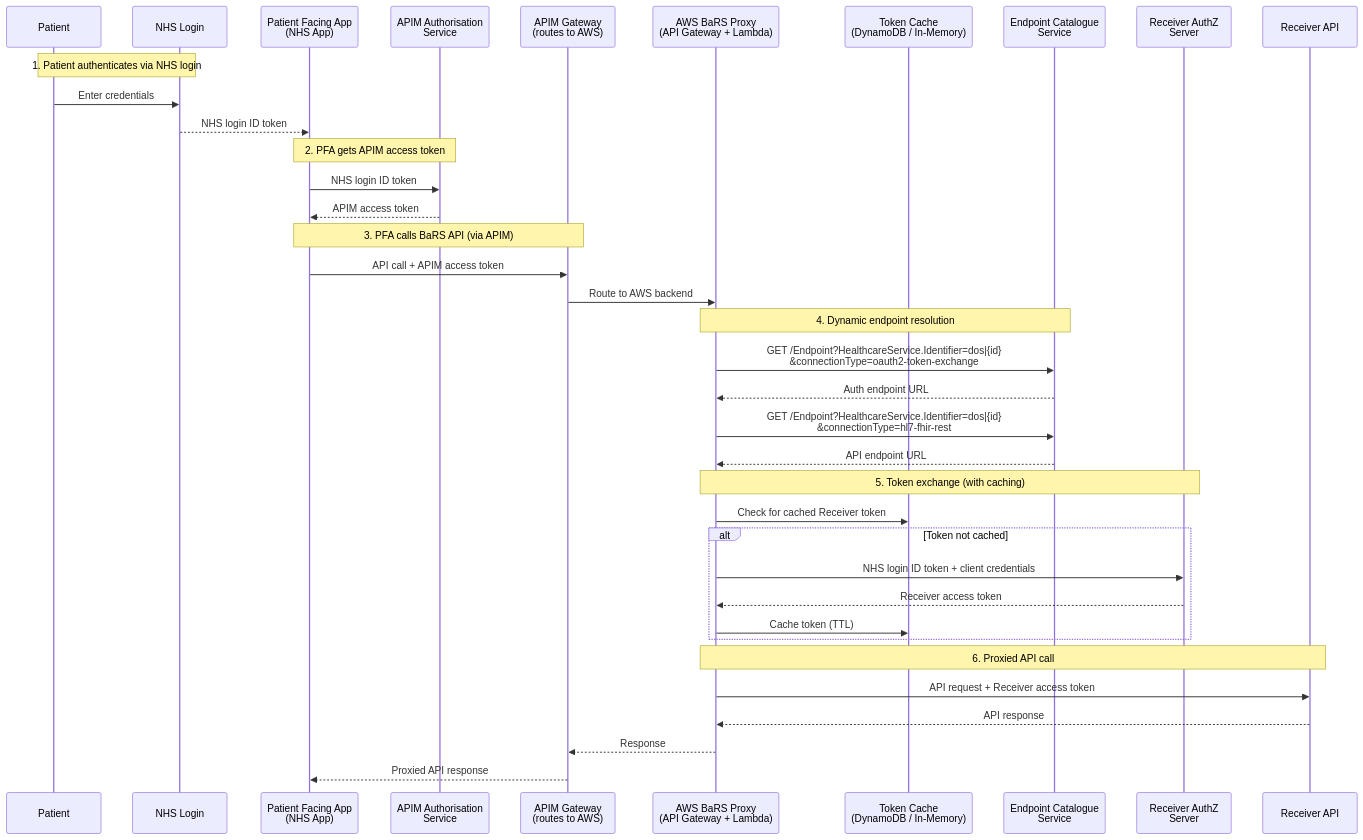
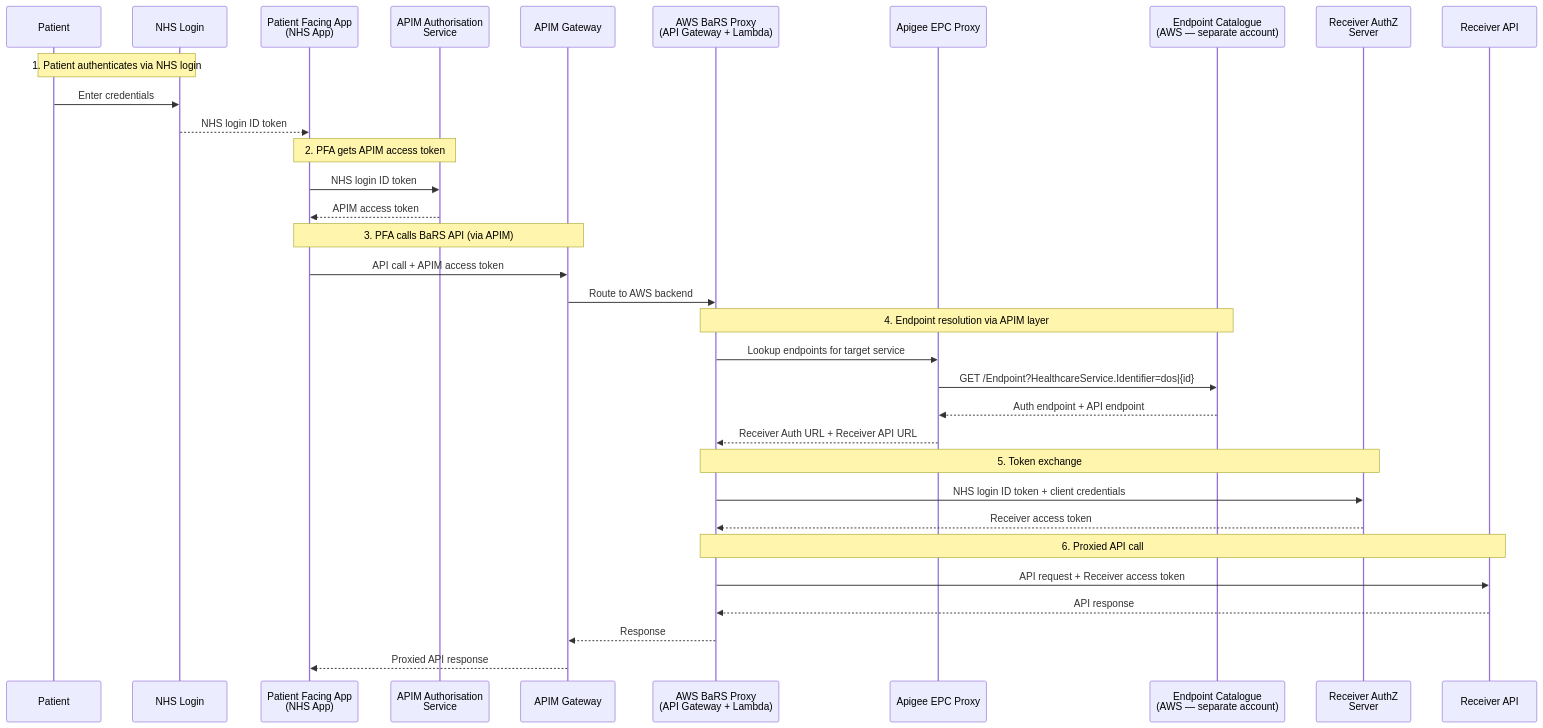
Before and after one commit to RichardWardNHSD/BaRS-Appointments-StandardPattern: the fourth of 4 diagrams in ADR/ADR-060/ADR-060-Patient-Facing-BaRS-Authentication.md, drawn with Mermaid. The commit also changed other lines of this file and 1 other file, not shown here.

Commit message:
reworked

````diff
--- a/ADR/ADR-060/ADR-060-Patient-Facing-BaRS-Authentication.md
+++ b/ADR/ADR-060/ADR-060-Patient-Facing-BaRS-Authentication.md
@@ -218,45 +220,41 @@
 ```mermaid
 sequenceDiagram
     participant Patient
     participant NHSLogin as NHS Login
     participant PFA as Patient Facing App<br/>(NHS App)
     participant APIMAuth as APIM Authorisation<br/>Service
-    participant APIM as APIM Gateway<br/>(routes to AWS)
+    participant APIM as APIM Gateway
     participant AWSProxy as AWS BaRS Proxy<br/>(API Gateway + Lambda)
-    participant TokenCache as Token Cache<br/>(DynamoDB / In-Memory)
-    participant EPC as Endpoint Catalogue<br/>Service
+    participant EPCProxy as Apigee EPC Proxy
+    participant EPC as Endpoint Catalogue<br/>(AWS — separate account)
     participant ReceiverAuth as Receiver AuthZ<br/>Server
     participant ReceiverAPI as Receiver API
 
     Note over Patient,NHSLogin: 1. Patient authenticates via NHS login
     Patient->>NHSLogin: Enter credentials
     NHSLogin-->>PFA: NHS login ID token
 
     Note over PFA,APIMAuth: 2. PFA gets APIM access token
     PFA->>APIMAuth: NHS login ID token
     APIMAuth-->>PFA: APIM access token
 
     Note over PFA,APIM: 3. PFA calls BaRS API (via APIM)
     PFA->>APIM: API call + APIM access token
     APIM->>AWSProxy: Route to AWS backend
 
-    Note over AWSProxy,EPC: 4. Dynamic endpoint resolution
-    AWSProxy->>EPC: GET /Endpoint?HealthcareService.Identifier=dos|{id}<br/>&connectionType=oauth2-token-exchange
-    EPC-->>AWSProxy: Auth endpoint URL
-    AWSProxy->>EPC: GET /Endpoint?HealthcareService.Identifier=dos|{id}<br/>&connectionType=hl7-fhir-rest
-    EPC-->>AWSProxy: API endpoint URL
+    Note over AWSProxy,EPC: 4. Endpoint resolution via APIM layer
+    AWSProxy->>EPCProxy: Lookup endpoints for target service
+    EPCProxy->>EPC: GET /Endpoint?HealthcareService.Identifier=dos|{id}
+    EPC-->>EPCProxy: Auth endpoint + API endpoint
+    EPCProxy-->>AWSProxy: Receiver Auth URL + Receiver API URL
 
-    Note over AWSProxy,ReceiverAuth: 5. Token exchange (with caching)
-    AWSProxy->>TokenCache: Check for cached Receiver token
-    alt Token not cached
-        AWSProxy->>ReceiverAuth: NHS login ID token + client credentials
-        ReceiverAuth-->>AWSProxy: Receiver access token
-        AWSProxy->>TokenCache: Cache token (TTL)
-    end
+    Note over AWSProxy,ReceiverAuth: 5. Token exchange
+    AWSProxy->>ReceiverAuth: NHS login ID token + client credentials
+    ReceiverAuth-->>AWSProxy: Receiver access token
 
     Note over AWSProxy,ReceiverAPI: 6. Proxied API call
     AWSProxy->>ReceiverAPI: API request + Receiver access token
     ReceiverAPI-->>AWSProxy: API response
     AWSProxy-->>APIM: Response
     APIM-->>PFA: Proxied API response
 ```
````
